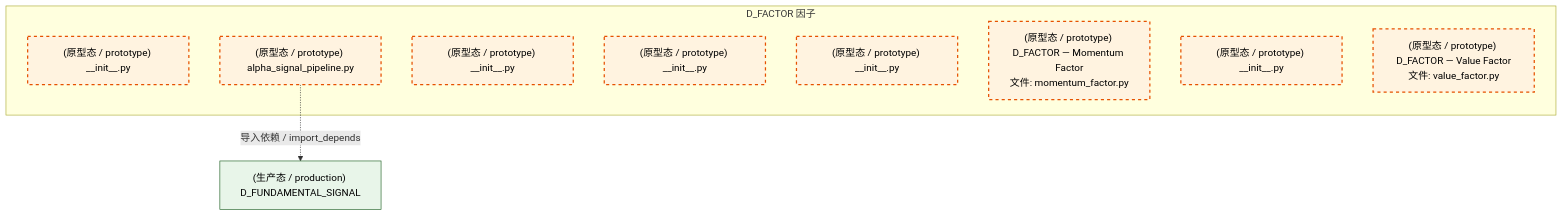
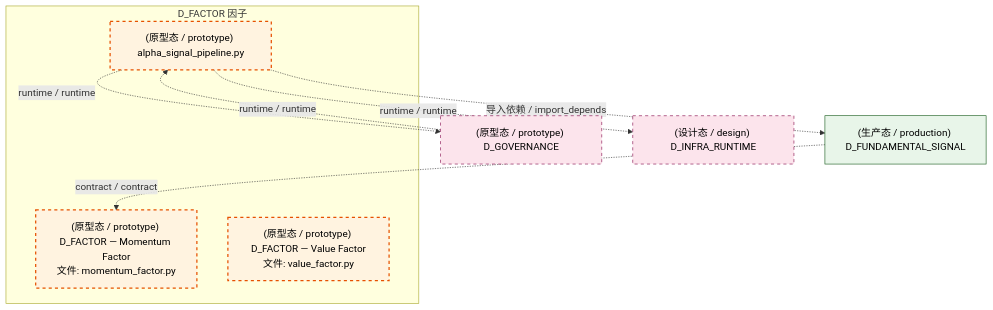
Before and after one commit to xuanFelixVan/ZephyrAlpha: the third of 4 diagrams in docs/02_enterprise_architecture/02_domain_architecture_docs/36_d_factor.md, drawn with Mermaid. The commit also changed other lines of this file and 126 other files, not shown here.

````diff
--- a/docs/02_enterprise_architecture/02_domain_architecture_docs/36_d_factor.md
+++ b/docs/02_enterprise_architecture/02_domain_architecture_docs/36_d_factor.md
@@ -148,21 +137,23 @@
 ```mermaid
 graph TD
     subgraph D_FACTOR["D_FACTOR 因子"]
-        src_zephyr_factor_extensions_init_py["(原型态 / prototype) __init__.py"]
         src_zephyr_factor_alpha_signal_pipeline_py["(原型态 / prototype) alpha_signal_pipeline.py"]
-        src_zephyr_factor_api_init_py["(原型态 / prototype) __init__.py"]
-        src_zephyr_factor_core_init_py["(原型态 / prototype) __init__.py"]
-        src_zephyr_factor_infrastructure_init_py["(原型态 / prototype) __init__.py"]
         src_zephyr_factor_momentum_factor_py["(原型态 / prototype) D_FACTOR — Momentum Factor<br/>文件: momentum_factor.py"]
-        src_zephyr_factor_services_init_py["(原型态 / prototype) __init__.py"]
         src_zephyr_factor_value_factor_py["(原型态 / prototype) D_FACTOR — Value Factor<br/>文件: value_factor.py"]
     end
+    D_GOVERNANCE["(原型态 / prototype) D_GOVERNANCE"]
+    src_zephyr_factor_alpha_signal_pipeline_py -.->|runtime / runtime| D_GOVERNANCE
+    D_INFRA_RUNTIME["(设计态 / design) D_INFRA_RUNTIME"]
+    src_zephyr_factor_alpha_signal_pipeline_py -.->|runtime / runtime| D_INFRA_RUNTIME
     D_FUNDAMENTAL_SIGNAL["(生产态 / production) D_FUNDAMENTAL_SIGNAL"]
     src_zephyr_factor_alpha_signal_pipeline_py -.->|导入依赖 / import_depends| D_FUNDAMENTAL_SIGNAL
+    D_GOVERNANCE -.->|runtime / runtime| src_zephyr_factor_alpha_signal_pipeline_py
+    D_FUNDAMENTAL_SIGNAL -.->|contract / contract| src_zephyr_factor_momentum_factor_py
     classDef production fill:#e1f5fe,stroke:#01579b,stroke-width:2px,color:#000
     classDef design fill:#fff3e0,stroke:#e65100,stroke-width:2px,color:#000,stroke-dasharray: 5 5
     classDef external_prod fill:#e8f5e9,stroke:#1b5e20,stroke-width:1px,color:#000
     classDef external_design fill:#fce4ec,stroke:#880e4f,stroke-width:1px,color:#000,stroke-dasharray: 5 5
-    class src_zephyr_factor_extensions_init_py,src_zephyr_factor_alpha_signal_pipeline_py,src_zephyr_factor_api_init_py,src_zephyr_factor_core_init_py,src_zephyr_factor_infrastructure_init_py,src_zephyr_factor_momentum_factor_py,src_zephyr_factor_services_init_py,src_zephyr_factor_value_factor_py design
+    class src_zephyr_factor_alpha_signal_pipeline_py,src_zephyr_factor_momentum_factor_py,src_zephyr_factor_value_factor_py design
     class D_FUNDAMENTAL_SIGNAL external_prod
+    class D_GOVERNANCE,D_INFRA_RUNTIME external_design
 ```
````
